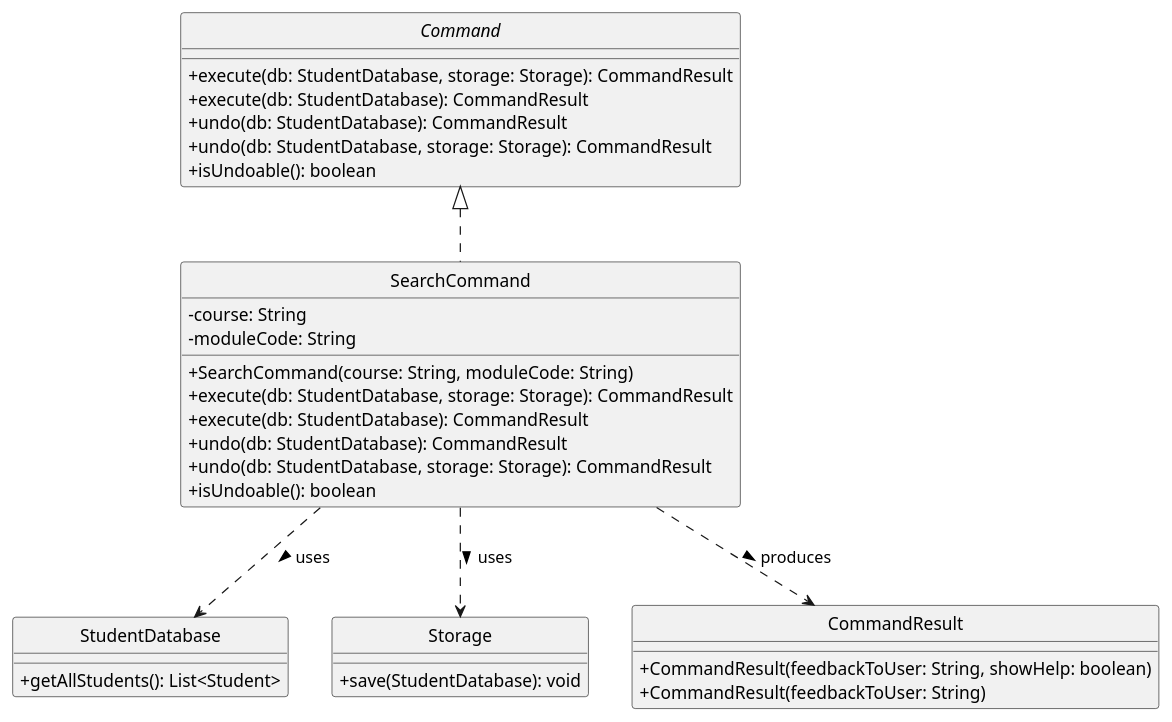
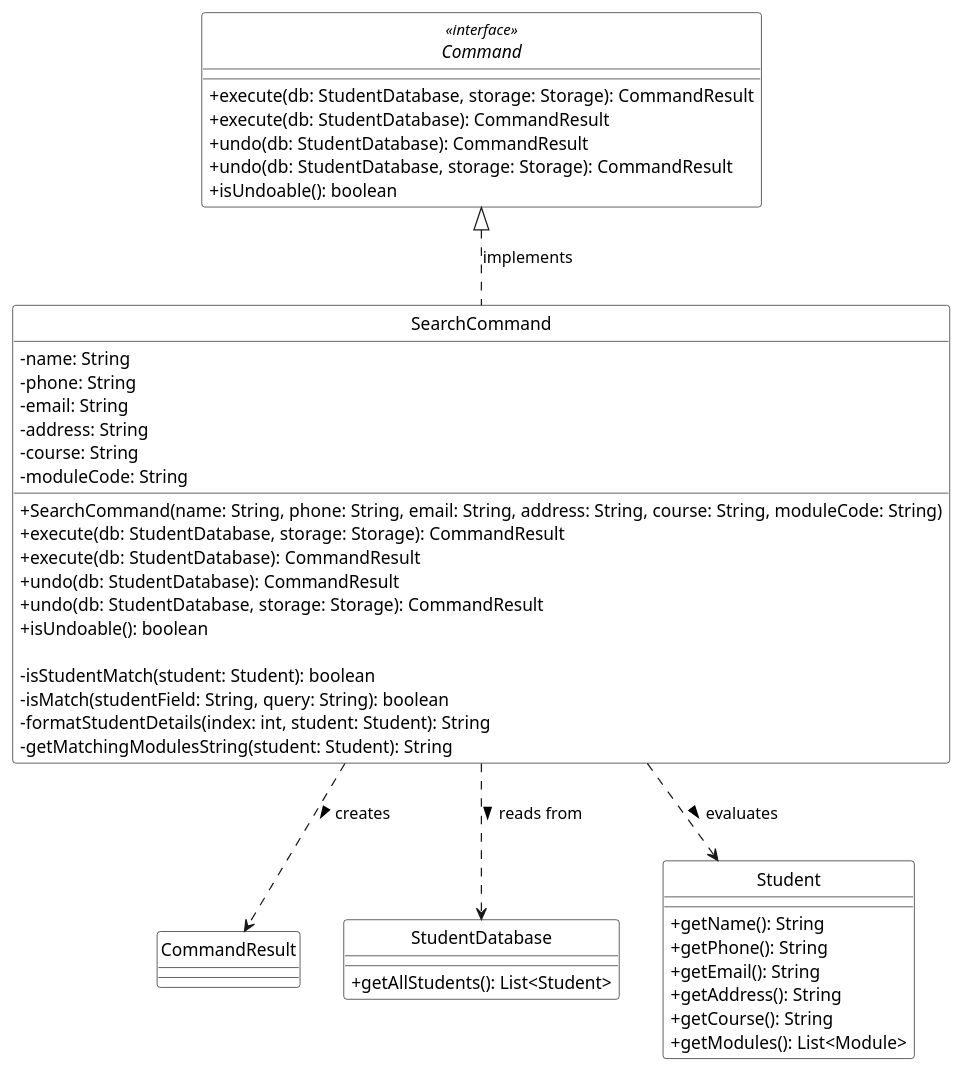
Before and after one commit to AY2526S2-CS2113-T11-4/tp: the diagram in docs/diagrams/SearchCommandClass.puml, drawn with PlantUML. The commit also changed 16 other files, not shown here.

```diff
--- a/docs/diagrams/SearchCommandClass.puml
+++ b/docs/diagrams/SearchCommandClass.puml
@@ -1,40 +1,59 @@
 @startuml
 skinparam classAttributeIconSize 0
+skinparam classBackgroundColor White
+skinparam classBorderColor Black
 skinparam style strictuml
 
-interface Command {
-    + execute(db: StudentDatabase, storage: Storage): CommandResult
-    + execute(db: StudentDatabase): CommandResult
-    + undo(db: StudentDatabase): CommandResult
-    + undo(db: StudentDatabase, storage: Storage): CommandResult
-    + isUndoable(): boolean
+interface Command <<interface>> {
+  + execute(db: StudentDatabase, storage: Storage): CommandResult
+  + execute(db: StudentDatabase): CommandResult
+  + undo(db: StudentDatabase): CommandResult
+  + undo(db: StudentDatabase, storage: Storage): CommandResult
+  + isUndoable(): boolean
 }
 
-class SearchCommand implements Command {
-    - course: String
-    - moduleCode: String
-    + SearchCommand(course: String, moduleCode: String)
-    + execute(db: StudentDatabase, storage: Storage): CommandResult
-    + execute(db: StudentDatabase): CommandResult
-    + undo(db: StudentDatabase): CommandResult
-    + undo(db: StudentDatabase, storage: Storage): CommandResult
-    + isUndoable(): boolean
+class SearchCommand {
+  - name: String
+  - phone: String
+  - email: String
+  - address: String
+  - course: String
+  - moduleCode: String
+
+  + SearchCommand(name: String, phone: String, email: String, address: String, course: String, moduleCode: String)
+  + execute(db: StudentDatabase, storage: Storage): CommandResult
+  + execute(db: StudentDatabase): CommandResult
+  + undo(db: StudentDatabase): CommandResult
+  + undo(db: StudentDatabase, storage: Storage): CommandResult
+  + isUndoable(): boolean
+
+  - isStudentMatch(student: Student): boolean
+  - isMatch(studentField: String, query: String): boolean
+  - formatStudentDetails(index: int, student: Student): String
+  - getMatchingModulesString(student: Student): String
+}
+
+' External classes used by SearchCommand
+class CommandResult {
 }
 
 class StudentDatabase {
-    + getAllStudents(): List<Student>
+  + getAllStudents(): List<Student>
 }
 
-class Storage {
-    +save(StudentDatabase): void
+class Student {
+  + getName(): String
+  + getPhone(): String
+  + getEmail(): String
+  + getAddress(): String
+  + getCourse(): String
+  + getModules(): List<Module>
 }
 
-class CommandResult {
-    + CommandResult(feedbackToUser: String, showHelp: boolean)
-    + CommandResult(feedbackToUser: String)
-}
+' Relationships
+Command <|.. SearchCommand : implements
+SearchCommand ..> StudentDatabase : reads from >
+SearchCommand ..> CommandResult : creates >
+SearchCommand ..> Student : evaluates >
 
-SearchCommand ..> StudentDatabase : uses >
-SearchCommand ..> Storage : uses >
-SearchCommand ..> CommandResult : produces >
 @enduml
```
